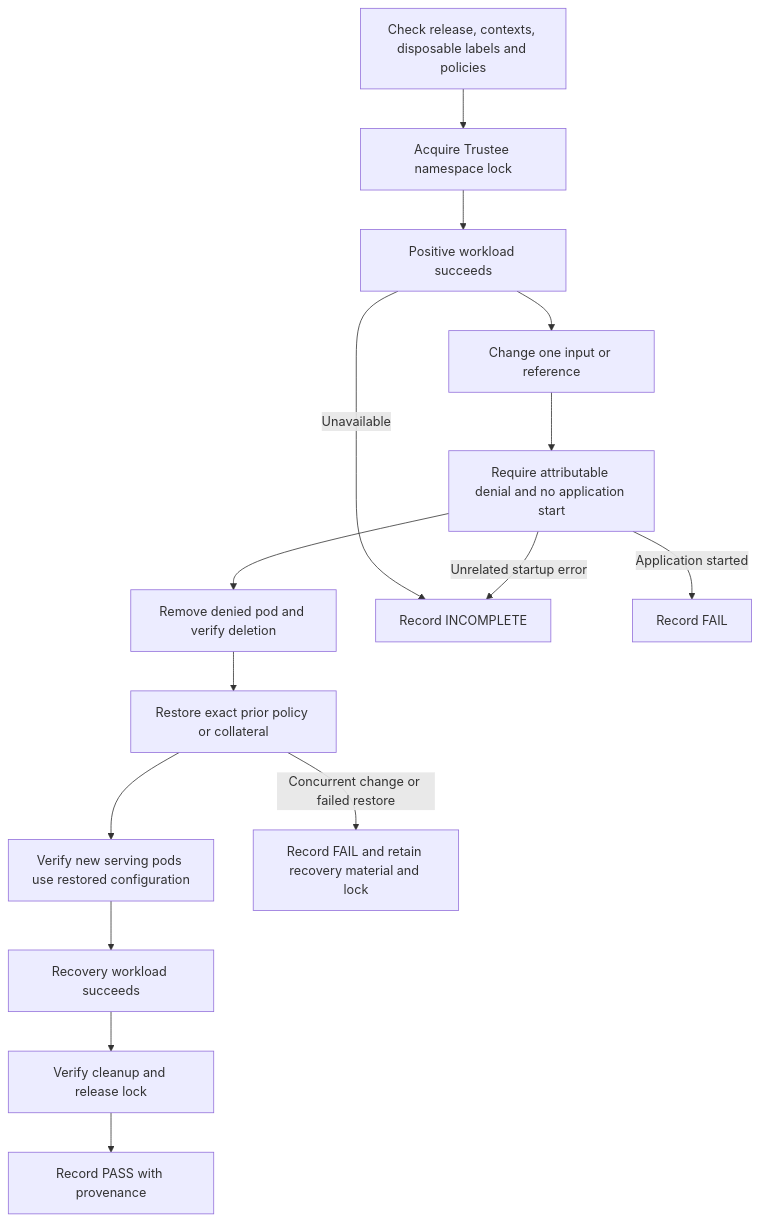
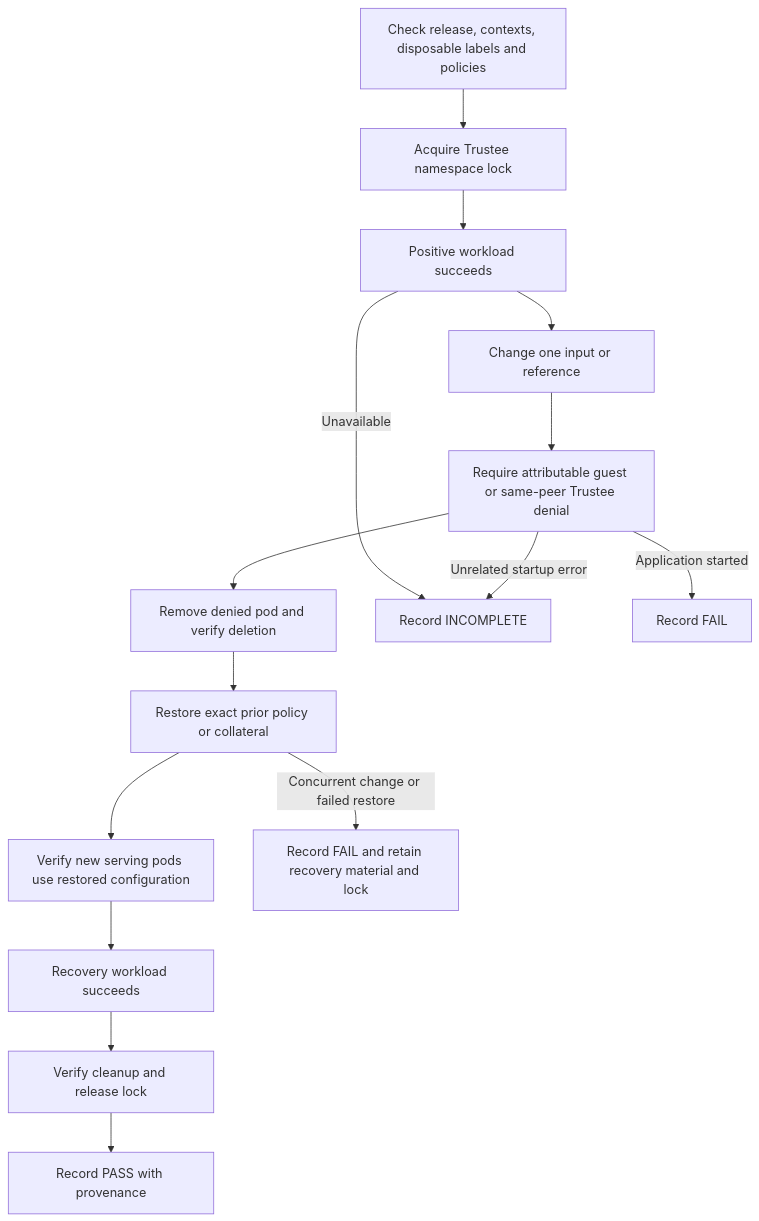
The third of 3 diagrams in docs/architecture.md (shpwrck/openshift-confidential-containers), drawn with Mermaid before and after one commit. The commit also changed other lines of this file and 7 other files, not shown here.

````diff
--- a/docs/architecture.md
+++ b/docs/architecture.md
@@ -78,17 +79,17 @@
 ```mermaid
 flowchart TD
   Ready[Check release, contexts, disposable labels and policies] --> Lock[Acquire Trustee namespace lock]
   Lock --> Allow[Positive workload succeeds]
   Allow --> Change[Change one input or reference]
-  Change --> Deny[Require attributable denial and no application start]
+  Change --> Deny[Require attributable guest or same-peer Trustee denial]
   Deny --> Remove[Remove denied pod and verify deletion]
   Remove --> Restore[Restore exact prior policy or collateral]
   Restore --> Rotate[Verify new serving pods use restored configuration]
   Rotate --> Recovery[Recovery workload succeeds]
   Recovery --> Cleanup[Verify cleanup and release lock]
   Cleanup --> Pass[Record PASS with provenance]
   Allow -->|Unavailable| Incomplete[Record INCOMPLETE]
   Deny -->|Unrelated startup error| Incomplete
   Deny -->|Application started| Fail[Record FAIL]
   Restore -->|Concurrent change or failed restore| Stop[Record FAIL and retain recovery material and lock]
 ```
````
